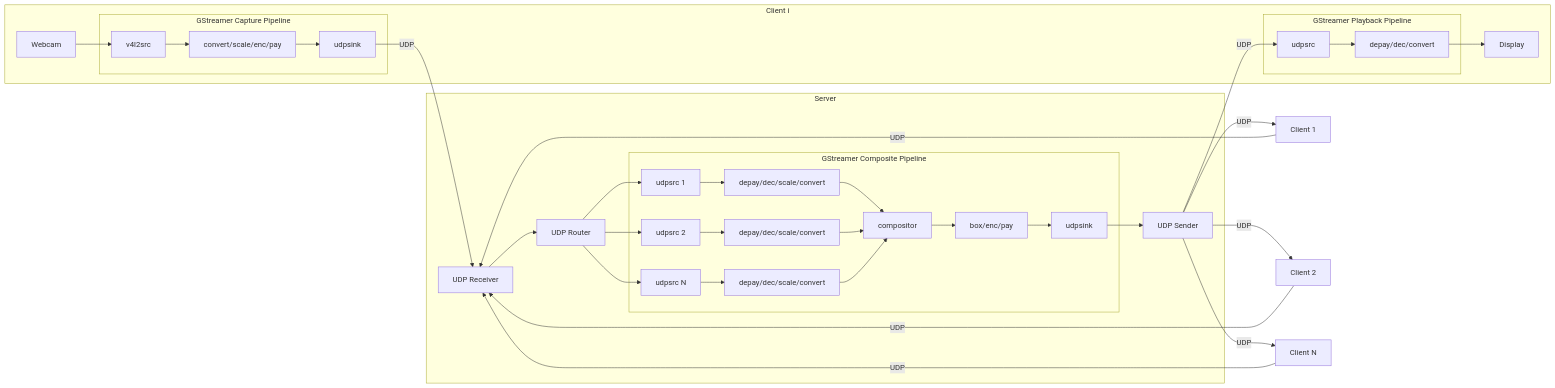
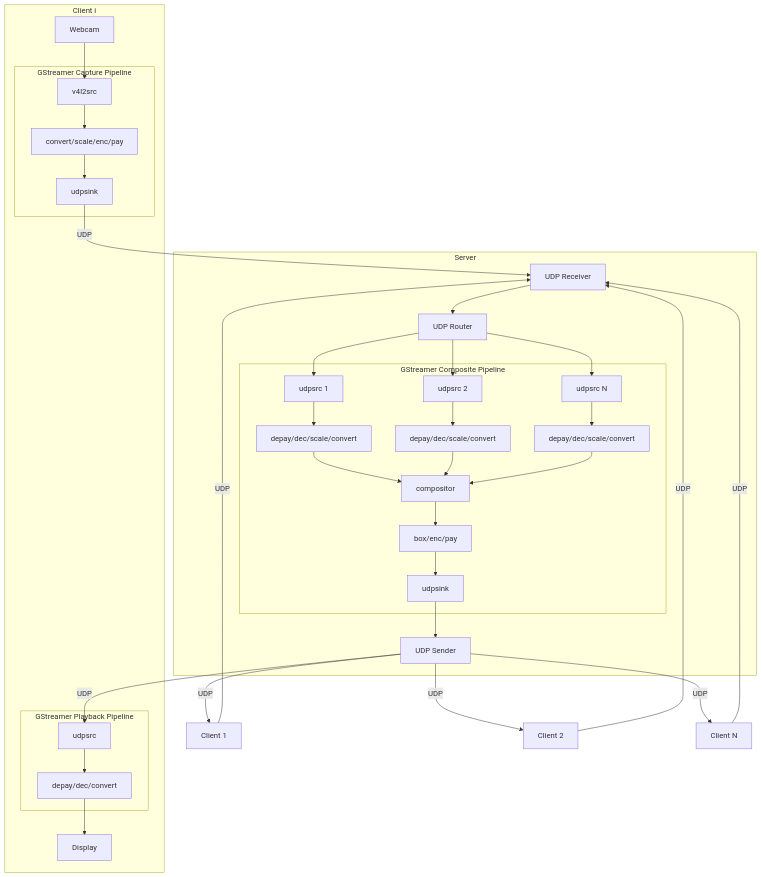
Before and after one commit to animatour/animatour: the diagram in README.md, drawn with Mermaid.

Commit message:
Make graph top-down.

````diff
--- a/README.md
+++ b/README.md
@@ -15,36 +15,36 @@
 ```mermaid
-graph LR
+graph TD
     subgraph server[Server]
         udp-receiver[UDP Receiver]-->udp-router[UDP Router]
         subgraph gst-composite[GStreamer Composite Pipeline]
             udpsrc-1[udpsrc 1]-->udpsrc-1-processing[depay/dec/scale/convert]-->compositor
             udpsrc-2[udpsrc 2]-->udpsrc-2-processing[depay/dec/scale/convert]-->compositor
             udpsrc-N[udpsrc N]-->udpsrc-N-processing[depay/dec/scale/convert]-->compositor
             compositor-->compositor-processing[box/enc/pay]-->server-udpsink[udpsink]
         end
         udp-router-->udpsrc-1
         udp-router-->udpsrc-2
         udp-router-->udpsrc-N
         server-udpsink-->udp-sender[UDP Sender]
     end
 
     subgraph client-i[Client i]
         subgraph gst-capture[GStreamer Capture Pipeline]
             v4l2src-->capture-processing[convert/scale/enc/pay]-->client-udpsink[udpsink]
         end
         subgraph gst-playback[GStreamer Playback Pipeline]
             client-udpsrc[udpsrc]-->playback-processing[depay/dec/convert]
         end
         webcam[Webcam]-->v4l2src
         playback-processing-->display[Display]
     end
 
     udp-sender--UDP-->client-udpsrc
     udp-sender--UDP-->client-1[Client 1]
     udp-sender--UDP-->client-2[Client 2]
     udp-sender--UDP-->client-N[Client N]
     client-udpsink--UDP-->udp-receiver
     client-1--UDP-->udp-receiver
     client-2--UDP-->udp-receiver
     client-N--UDP-->udp-receiver
 ```
````
